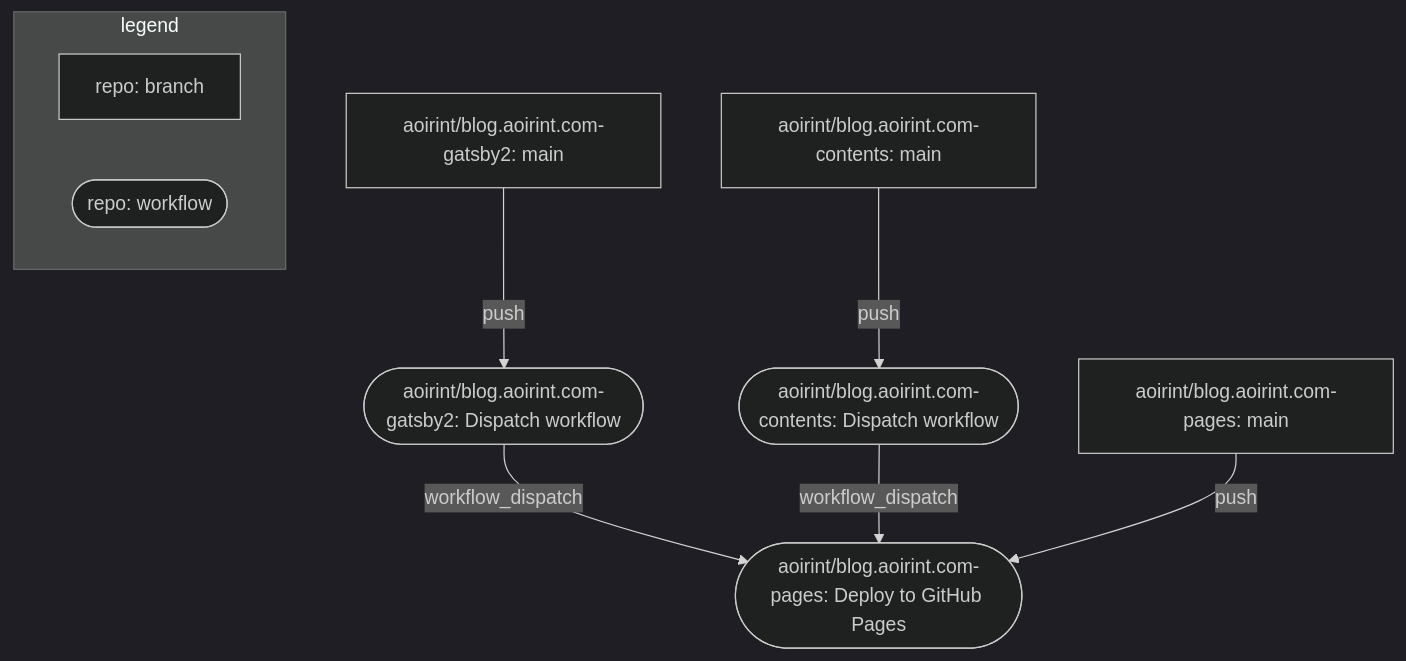
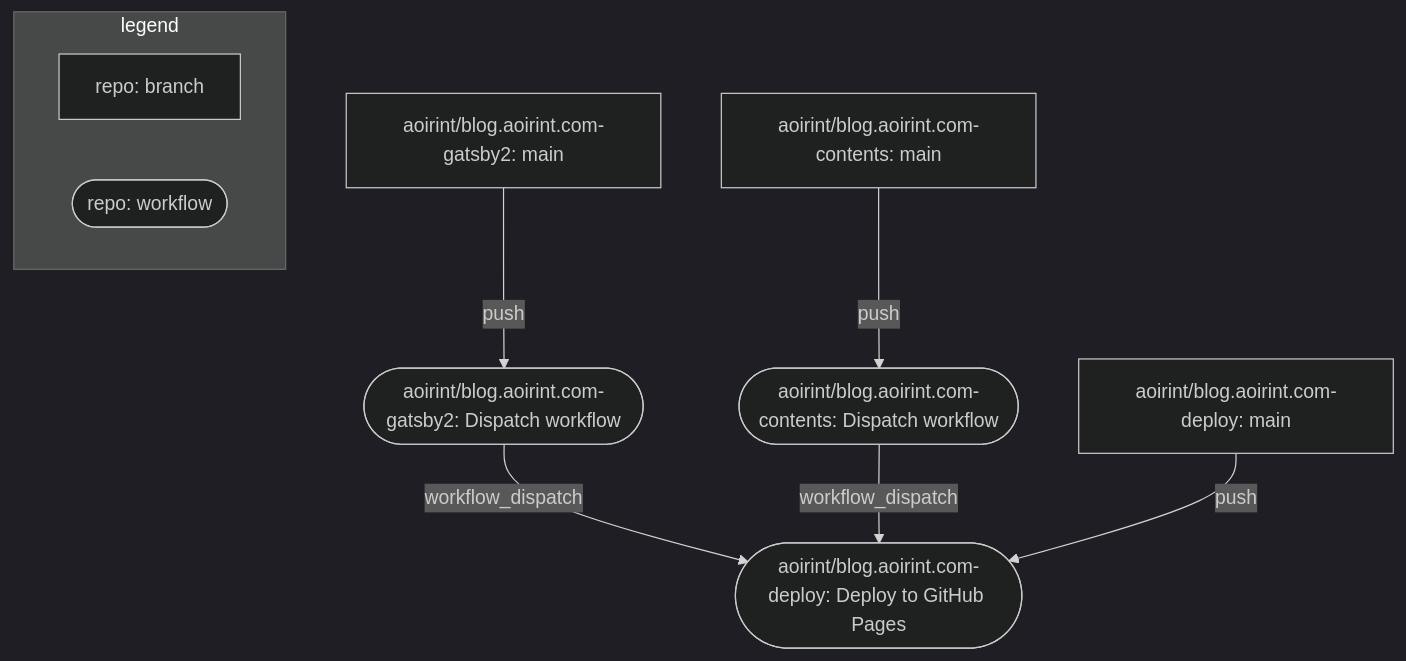
The diagram in README.md (aoirint/aoirint-blog-deploy), drawn with Mermaid (dark theme) before and after one commit.

````diff
--- a/README.md
+++ b/README.md
@@ -12,12 +12,12 @@
 ```mermaid
 flowchart TB
     subgraph legend
         branch[repo: branch]
         workflow([repo: workflow])
     end
     gatsby[aoirint/blog.aoirint.com-gatsby2: main]--push-->gatsby-dispatch
-    gatsby-dispatch([aoirint/blog.aoirint.com-gatsby2: Dispatch workflow])--workflow_dispatch-->deploy([aoirint/blog.aoirint.com-pages: Deploy to GitHub Pages])
+    gatsby-dispatch([aoirint/blog.aoirint.com-gatsby2: Dispatch workflow])--workflow_dispatch-->deploy([aoirint/blog.aoirint.com-deploy: Deploy to GitHub Pages])
     contents[aoirint/blog.aoirint.com-contents: main]--push-->contents-dispatch
     contents-dispatch([aoirint/blog.aoirint.com-contents: Dispatch workflow])--workflow_dispatch-->deploy
-    this[aoirint/blog.aoirint.com-pages: main]--push-->deploy
+    this[aoirint/blog.aoirint.com-deploy: main]--push-->deploy
 ```
````
